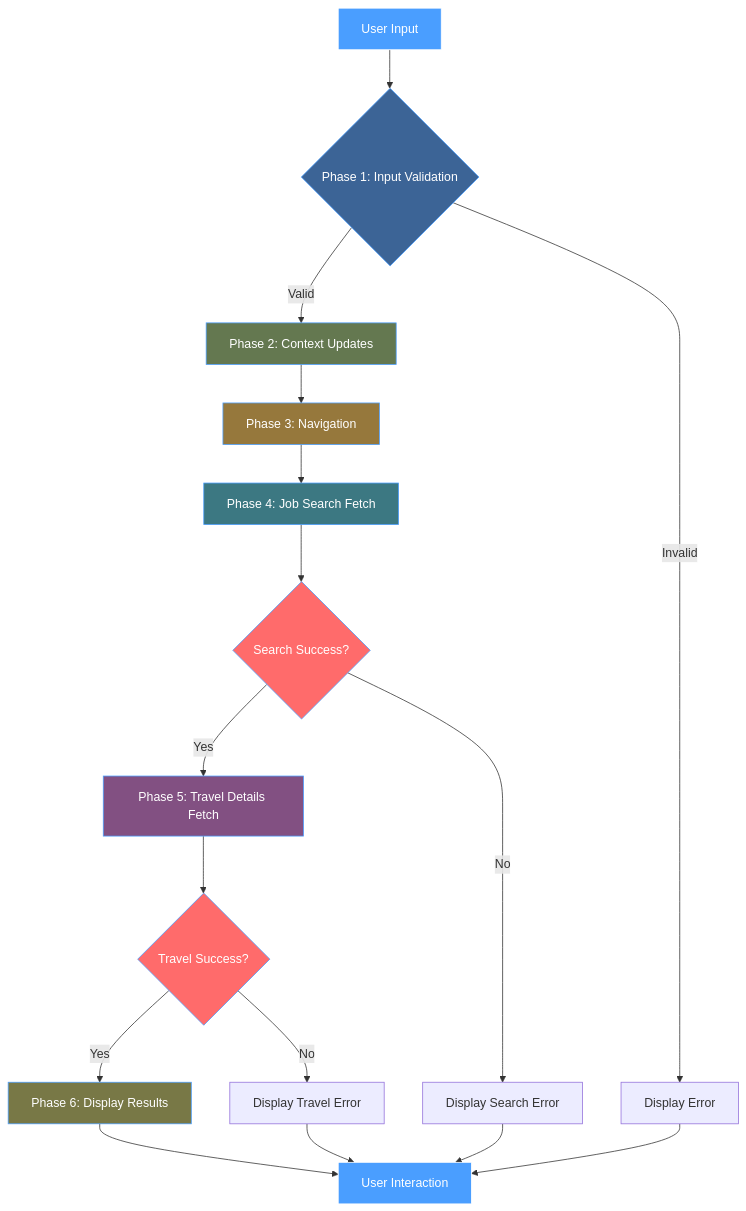
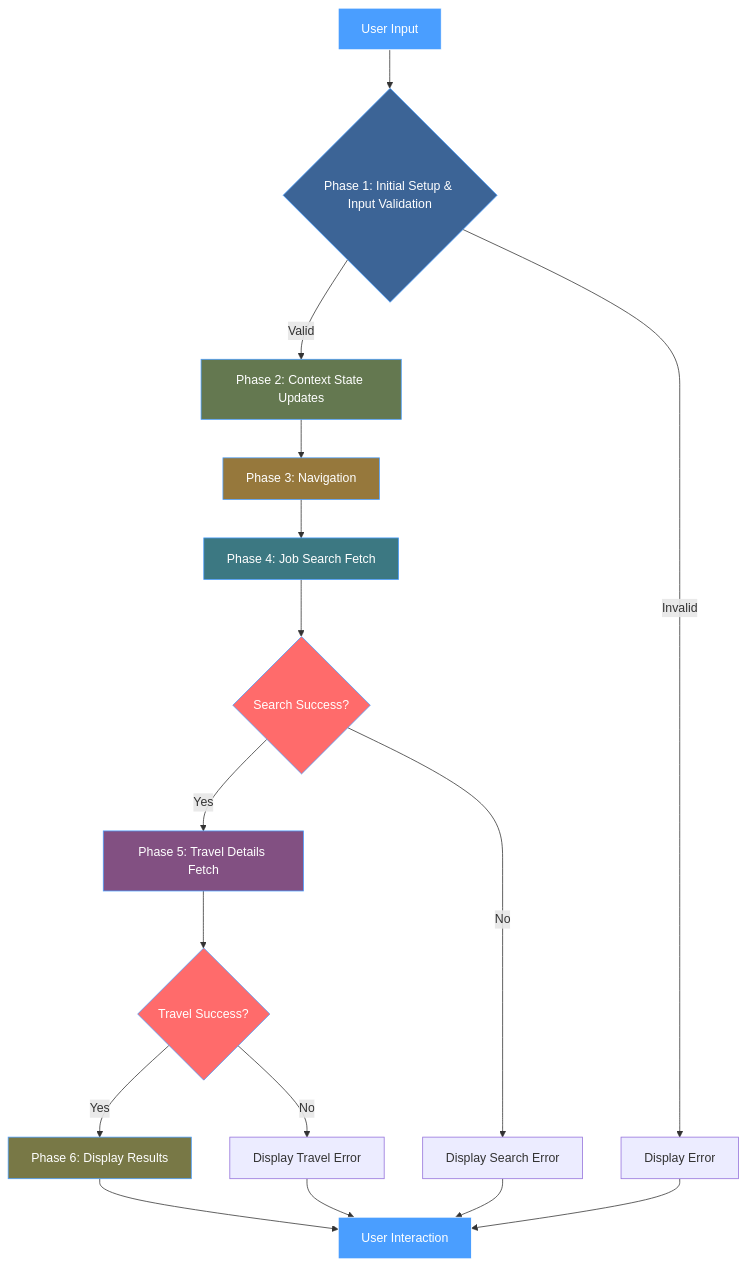
One commit to YahyaAl-Ademi/2025.10.23-JobCompass changed the diagram in documentation/jobFetch/_JobFetchFlowchart.md. Above: the diagram before and after it, drawn with Mermaid.

Commit message:
Update job fetch flowchart documentation to clarify phase descriptions, changing "Phase 1: Input Validation" to "Phase 1: Initial Setup & Input Validation" and "Phase 2: Context Updates" to "Phase 2: Context State Updates" for improved accuracy.

````diff
--- a/documentation/jobFetch/_JobFetchFlowchart.md
+++ b/documentation/jobFetch/_JobFetchFlowchart.md
@@ -1,29 +1,29 @@
 ```mermaid
 flowchart TD
-    A[User Input] --> B{Phase 1: Input Validation}
-    B -->|Valid| C[Phase 2: Context Updates]
+    A[User Input] --> B{Phase 1: Initial Setup & Input Validation}
+    B -->|Valid| C[Phase 2: Context State Updates]
     B -->|Invalid| Z[Display Error]
     C --> D[Phase 3: Navigation]
     D --> E[Phase 4: Job Search Fetch]
     E --> F{Search Success?}
     F -->|Yes| G[Phase 5: Travel Details Fetch]
     F -->|No| H[Display Search Error]
     G --> I{Travel Success?}
     I -->|Yes| J[Phase 6: Display Results]
     I -->|No| K[Display Travel Error]
     J --> L[User Interaction]
     H --> L
     K --> L
     Z --> L
 
     style A fill:#4a9eff,stroke:#fff,color:#fff
     style B fill:#3c6496,stroke:#4a9eff,color:#fff
     style C fill:#647850,stroke:#4a9eff,color:#fff
     style D fill:#96783c,stroke:#4a9eff,color:#fff
     style E fill:#3c7882,stroke:#4a9eff,color:#fff
     style F fill:#ff6b6b,stroke:#4a9eff,color:#fff
     style G fill:#825082,stroke:#4a9eff,color:#fff
     style I fill:#ff6b6b,stroke:#4a9eff,color:#fff
     style J fill:#787846,stroke:#4a9eff,color:#fff
     style L fill:#4a9eff,stroke:#fff,color:#fff
 ```
````
